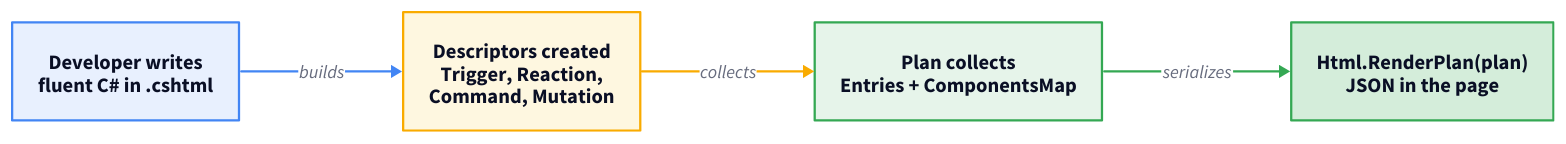
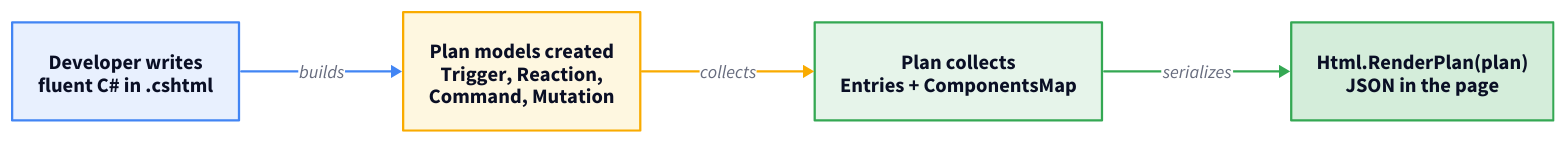
One commit to marafiq/alis-reactive changed the diagram in docs-site/src/content/docs/architecture/fluent-builders.mdx. Above: the diagram before and after it, drawn with D2. The commit also changed other lines of this file and 12 other files, not shown here.

First line of the commit message:
docs: replace stale "descriptor" vocabulary with V2 "plan model" terms

````diff
--- a/docs-site/src/content/docs/architecture/fluent-builders.mdx
+++ b/docs-site/src/content/docs/architecture/fluent-builders.mdx
@@ -10,38 +10,38 @@
 ```d2
 direction: right
 
 call: "Developer writes\nfluent C# in .cshtml" {
   shape: rectangle
   style.fill: "#e8f0fe"
   style.stroke: "#4285f4"
   style.font-size: 18
 }
-descriptor: "Descriptors created\nTrigger, Reaction,\nCommand, Mutation" {
+descriptor: "Plan models created\nTrigger, Reaction,\nCommand, Mutation" {
   shape: rectangle
   style.fill: "#fef7e0"
   style.stroke: "#f9ab00"
   style.font-size: 18
 }
 plan: "Plan collects\nEntries + ComponentsMap" {
   shape: rectangle
   style.fill: "#e6f4ea"
   style.stroke: "#34a853"
   style.font-size: 18
 }
 json: "Html.RenderPlan(plan)\nJSON in the page" {
   shape: rectangle
   style.fill: "#d4edda"
   style.stroke: "#34a853"
   style.font-size: 18
 }
 
 call -> descriptor: builds {
   style.stroke: "#4285f4"
 }
 descriptor -> plan: collects {
   style.stroke: "#f9ab00"
 }
 plan -> json: serializes {
   style.stroke: "#34a853"
 }
 ```
````
